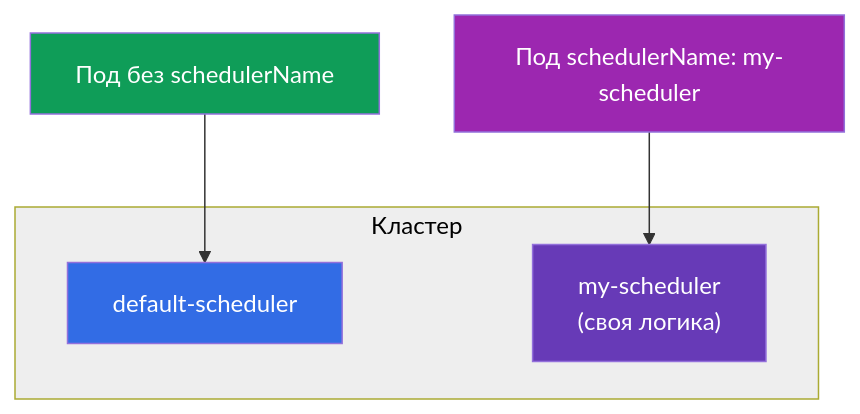
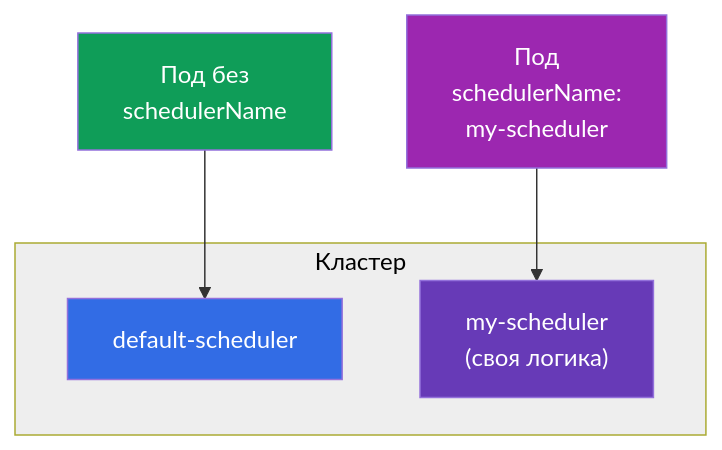
The fifth of 5 diagrams in tasks/cka/course/15/ru.md (ViktorUJ/cks), drawn with Mermaid before and after one commit. The commit also changed other lines of this file, not shown here.

````diff
--- a/tasks/cka/course/15/ru.md
+++ b/tasks/cka/course/15/ru.md
@@ -172,14 +241,14 @@
 ```mermaid
 flowchart TB
     subgraph Cluster["Кластер"]
         ds["default-scheduler"]
         ms["my-scheduler<br>(своя логика)"]
     end
-    p1["Под без schedulerName"] --> ds
-    p2["Под schedulerName: my-scheduler"] --> ms
+    p1["Под без<br>schedulerName"] --> ds
+    p2["Под<br>schedulerName:<br>my-scheduler"] --> ms
     style Cluster fill:#eeeeee,color:#000
     style ds fill:#326ce5,color:#fff
     style ms fill:#673ab7,color:#fff
     style p1 fill:#0f9d58,color:#fff
     style p2 fill:#9c27b0,color:#fff
 ```
````
